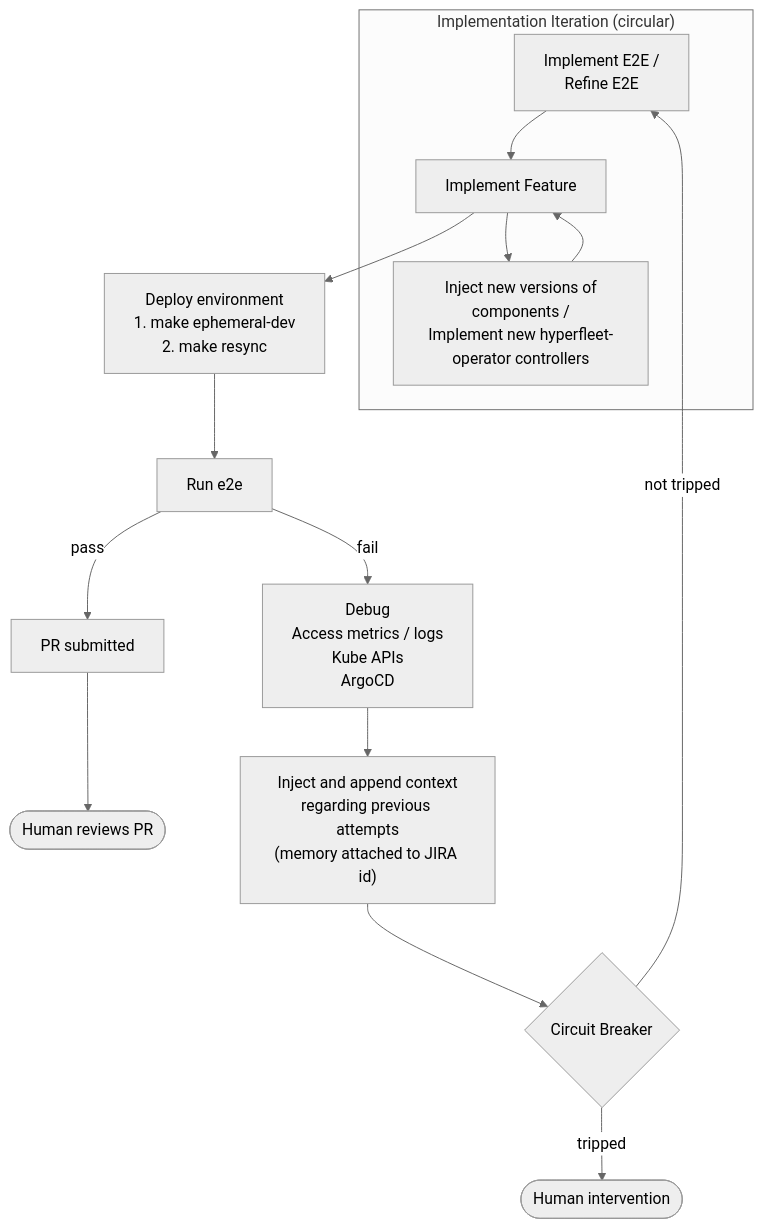
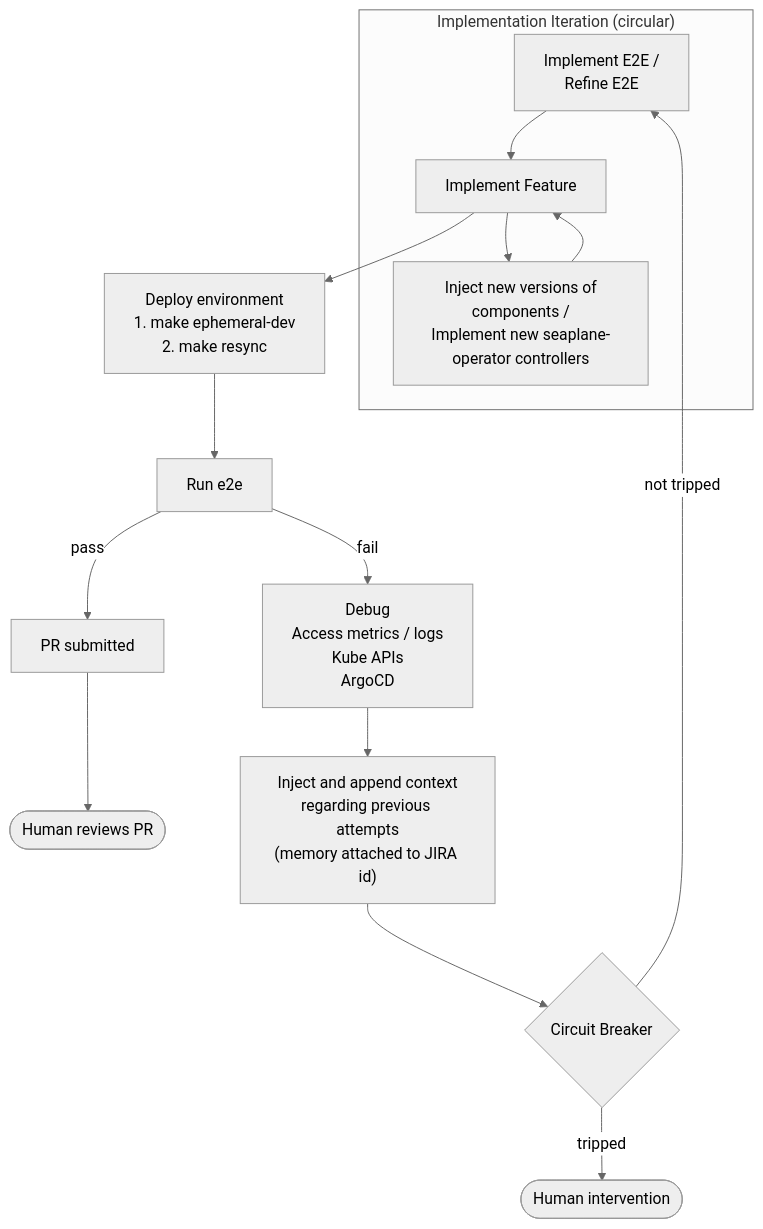
The diagram in docs/design/spec-to-pr-agent.md (Alcamech/rosa-hyperfleet), drawn with Mermaid (neutral theme) before and after one commit. The commit also changed 148 other files, not shown here.

````diff
--- a/docs/design/spec-to-pr-agent.md
+++ b/docs/design/spec-to-pr-agent.md
@@ -3,25 +3,25 @@
 ```mermaid
 flowchart TD
     subgraph ImplementLoop["Implementation Iteration (circular)"]
         E2E["Implement E2E /\nRefine E2E"]
         Feature["Implement Feature"]
-        Inject["Inject new versions of\ncomponents /\nImplement new hyperfleet-operator controllers"]
+        Inject["Inject new versions of\ncomponents /\nImplement new seaplane-operator controllers"]
     end
 
     E2E --> Feature
     Feature --> Inject
     Inject --> Feature
 
     Feature --> Deploy["Deploy environment\n1. make ephemeral-dev\n2. make resync"]
     Deploy --> RunE2E["Run e2e"]
 
     RunE2E -- "pass" --> PR["PR submitted"]
     PR --> Human2(["Human reviews PR"])
 
     RunE2E -- "fail" --> Debug["Debug\nAccess metrics / logs\nKube APIs\nArgoCD"]
     Debug --> Context["Inject and append context\nregarding previous attempts\n(memory attached to JIRA id)"]
     Context --> CircuitBreaker{"Circuit Breaker"}
 
     CircuitBreaker -- "not tripped" --> E2E
     CircuitBreaker -- "tripped" --> Human1(["Human intervention"])
 ```
````
